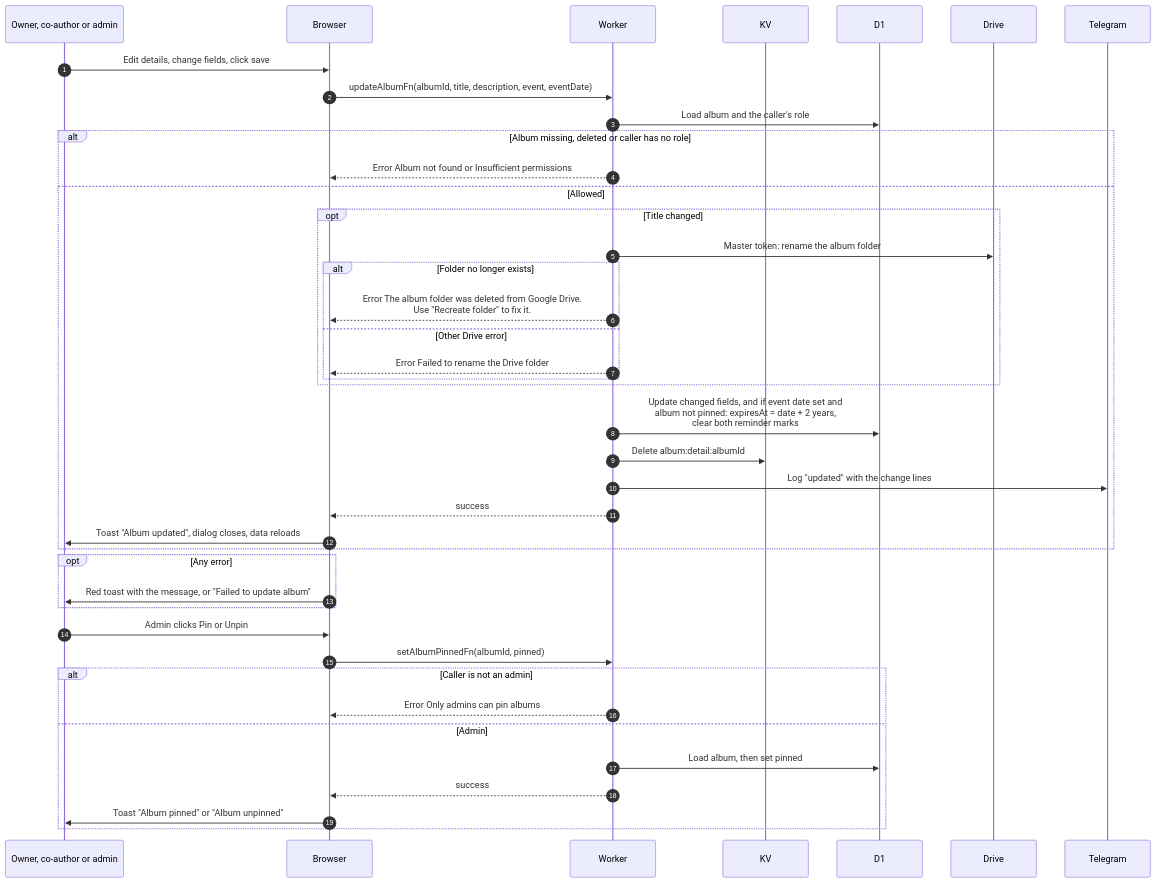
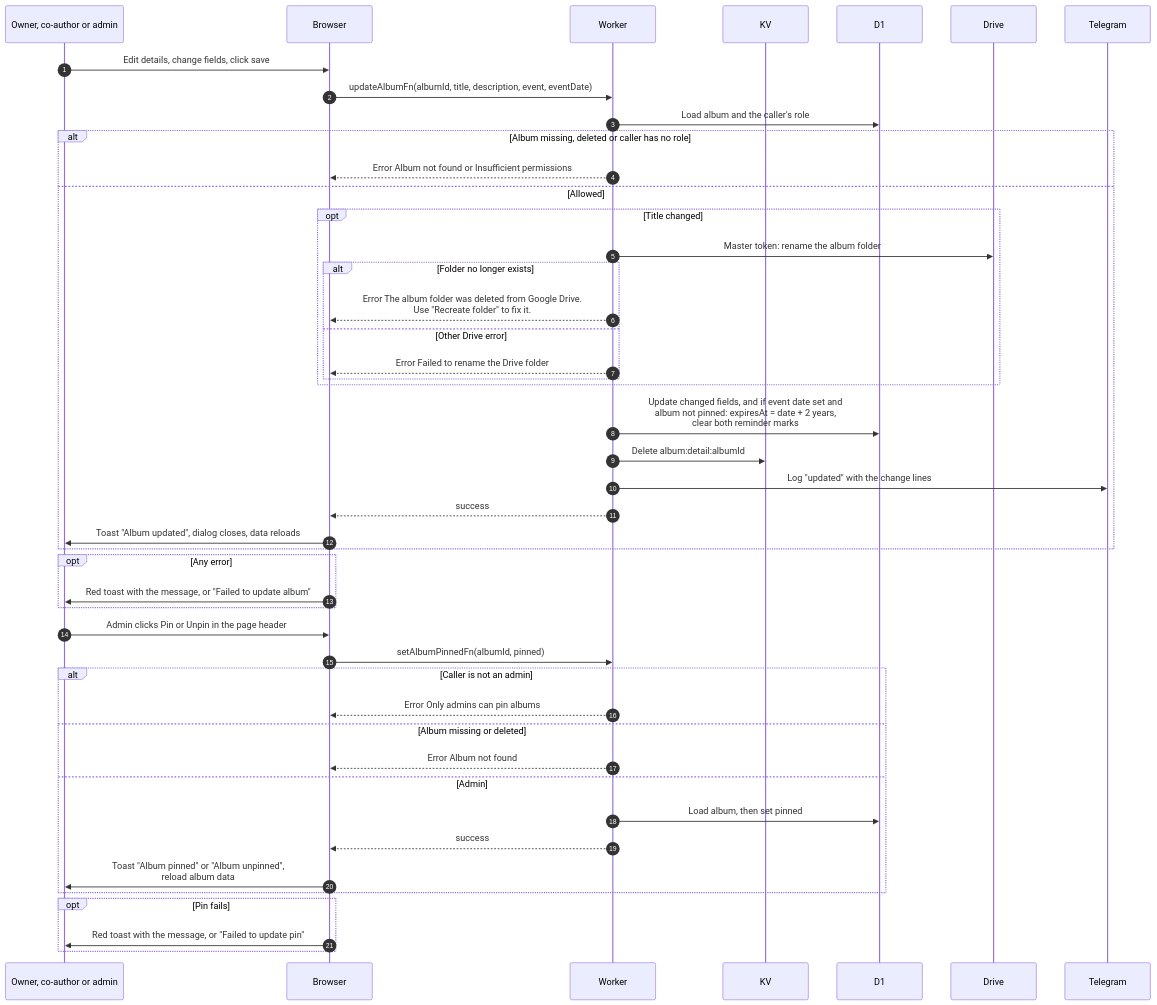
Before and after one commit to sagyzdop/meriksirat: the diagram in docs/scenarios/albums/edit-album-and-pin.md, drawn with Mermaid. The commit also changed other lines of this file and 17 other files, not shown here.

Commit message:
docs(scenarios): verify albums diagrams against the code

````diff
--- a/docs/scenarios/albums/edit-album-and-pin.md
+++ b/docs/scenarios/albums/edit-album-and-pin.md
@@ -13,43 +15,48 @@
 ```mermaid
 sequenceDiagram
     autonumber
     participant M as Owner, co-author or admin
     participant B as Browser
     participant W as Worker
     participant K as KV
     participant D as D1
     participant G as Drive
     participant T as Telegram
     M->>B: Edit details, change fields, click save
     B->>W: updateAlbumFn(albumId, title, description, event, eventDate)
     W->>D: Load album and the caller's role
     alt Album missing, deleted or caller has no role
         W-->>B: Error Album not found or Insufficient permissions
     else Allowed
         opt Title changed
             W->>G: Master token: rename the album folder
             alt Folder no longer exists
                 W-->>B: Error The album folder was deleted from Google Drive.<br/>Use "Recreate folder" to fix it.
             else Other Drive error
                 W-->>B: Error Failed to rename the Drive folder
             end
         end
         W->>D: Update changed fields, and if event date set and<br/>album not pinned: expiresAt = date + 2 years,<br/>clear both reminder marks
         W->>K: Delete album:detail:albumId
         W->>T: Log "updated" with the change lines
         W-->>B: success
         B->>M: Toast "Album updated", dialog closes, data reloads
     end
     opt Any error
         B->>M: Red toast with the message, or "Failed to update album"
     end
-    M->>B: Admin clicks Pin or Unpin
+    M->>B: Admin clicks Pin or Unpin in the page header
     B->>W: setAlbumPinnedFn(albumId, pinned)
     alt Caller is not an admin
         W-->>B: Error Only admins can pin albums
+    else Album missing or deleted
+        W-->>B: Error Album not found
     else Admin
         W->>D: Load album, then set pinned
         W-->>B: success
-        B->>M: Toast "Album pinned" or "Album unpinned"
+        B->>M: Toast "Album pinned" or "Album unpinned",<br/>reload album data
+    end
+    opt Pin fails
+        B->>M: Red toast with the message, or "Failed to update pin"
     end
 ```
````
